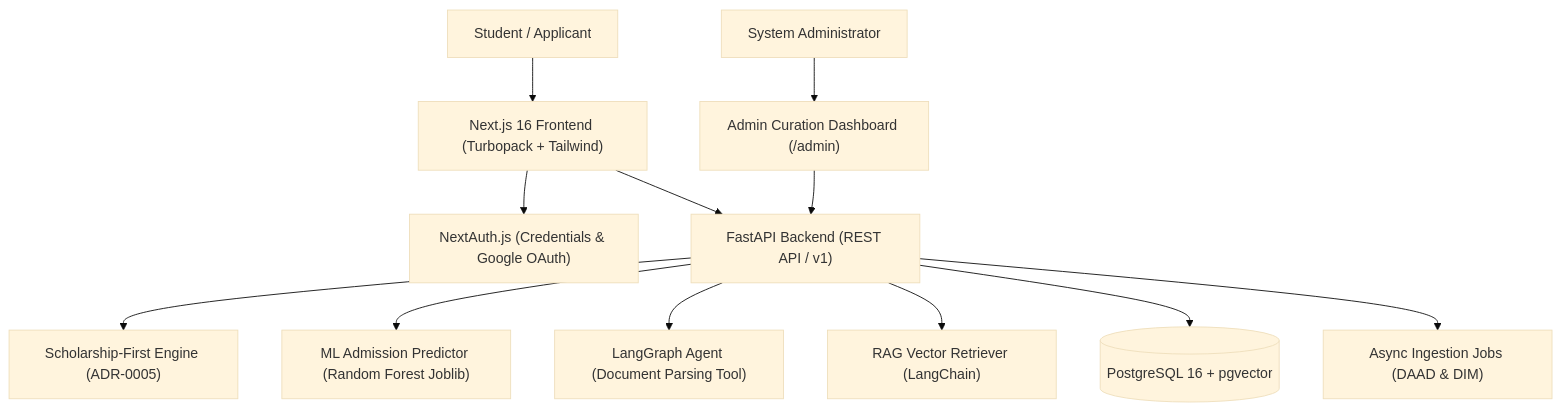
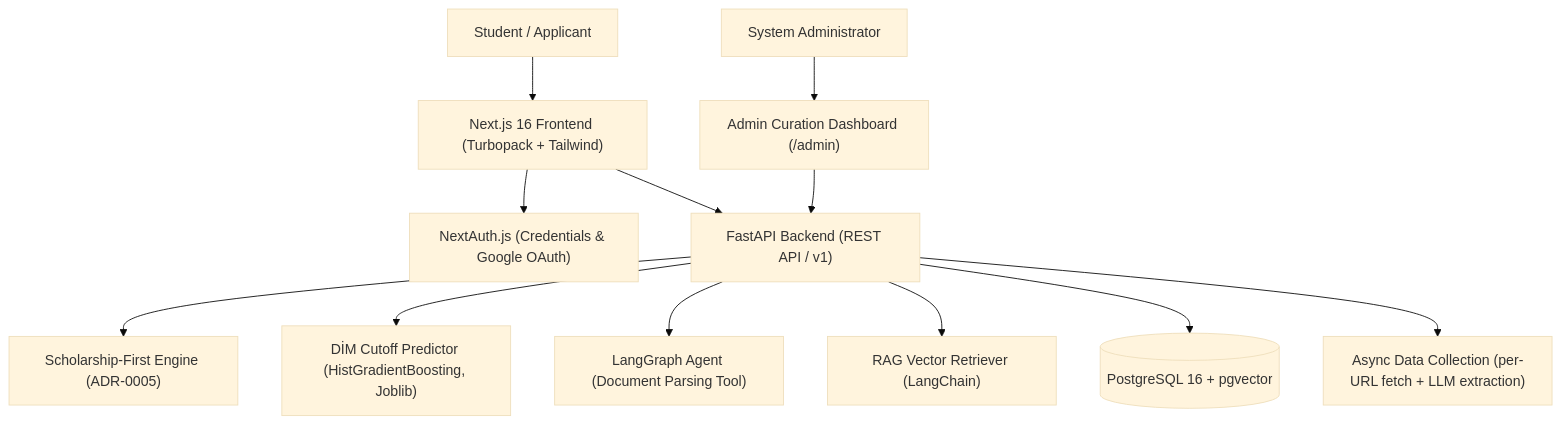
One commit to Ali0lo/AUSA-app changed the diagram in README.md. Above: the diagram before and after it, drawn with Mermaid (base theme). The commit also changed other lines of this file, not shown here.

````diff
--- a/README.md
+++ b/README.md
@@ -31,17 +31,17 @@
 ```mermaid
 graph TD
     User["Student / Applicant"] --> Frontend["Next.js 16 Frontend (Turbopack + Tailwind)"]
     Admin["System Administrator"] --> AdminDash["Admin Curation Dashboard (/admin)"]
     
     Frontend --> Auth["NextAuth.js (Credentials & Google OAuth)"]
     Frontend --> API["FastAPI Backend (REST API / v1)"]
     AdminDash --> API
     
     API --> Scoring["Scholarship-First Engine (ADR-0005)"]
-    API --> ML["ML Admission Predictor (Random Forest Joblib)"]
+    API --> ML["DİM Cutoff Predictor (HistGradientBoosting, Joblib)"]
     API --> Agent["LangGraph Agent (Document Parsing Tool)"]
     API --> RAG["RAG Vector Retriever (LangChain)"]
     
     API --> DB[(PostgreSQL 16 + pgvector)]
-    API --> Pipeline["Async Ingestion Jobs (DAAD & DIM)"]
+    API --> Pipeline["Async Data Collection (per-URL fetch + LLM extraction)"]
 ```
````
